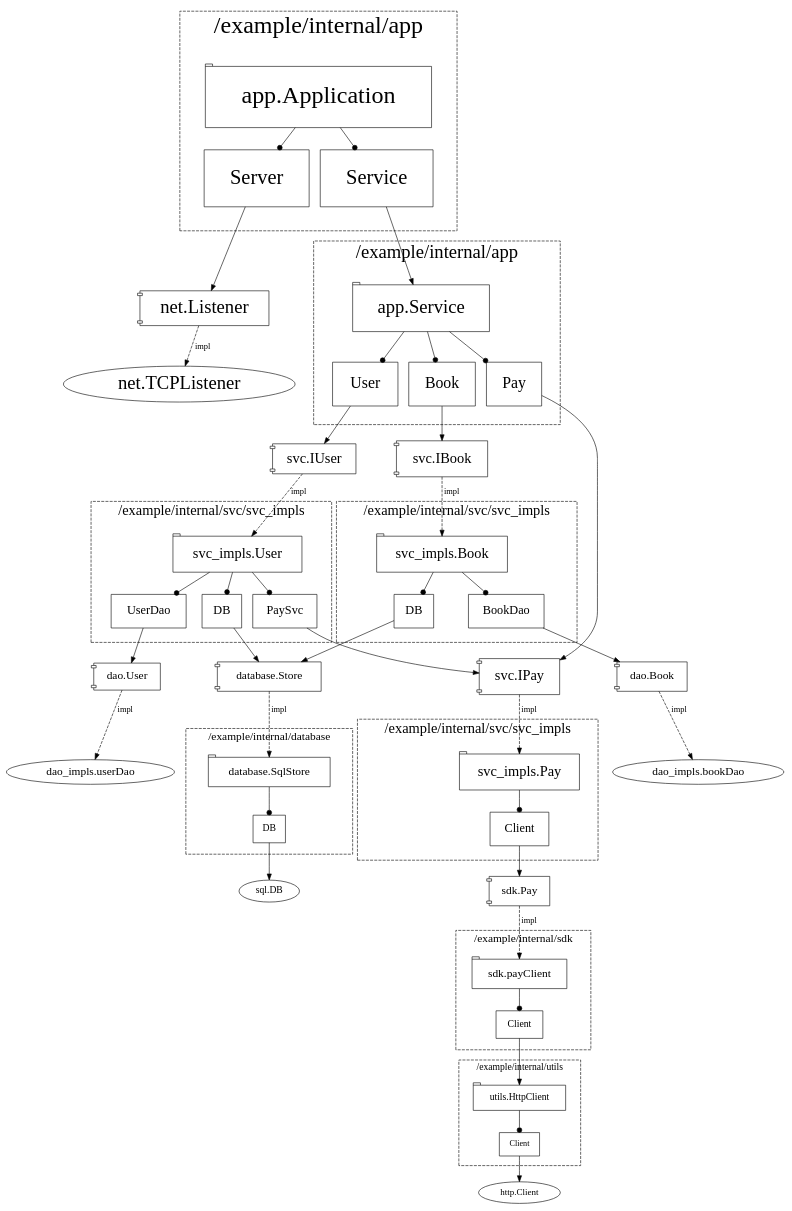
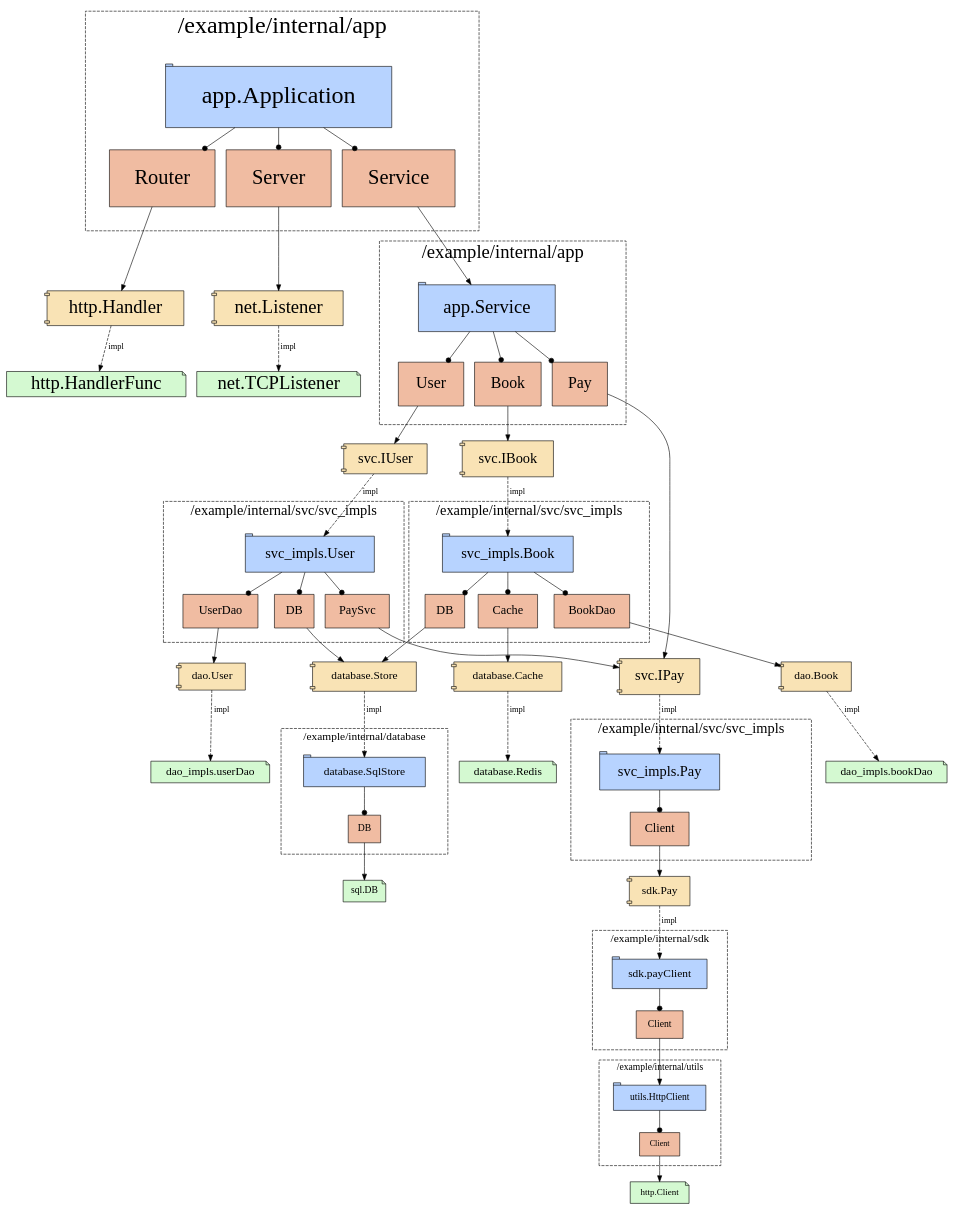
Before and after one commit to Just-maple/structgraph: the diagram in example/test.dot, drawn with Graphviz. The commit also changed 8 other files, not shown here.

```diff
--- a/example/test.dot
+++ b/example/test.dot
@@ -1,164 +1,185 @@
-digraph G {
+digraph Application {
+	"app.Application"->"app.Application:Router"[ arrowhead=dot ];
+	"app.Application:Router"->"http.Handler";
+	"http.Handler"->"http.HandlerFunc"[ label=impl, style=dashed ];
 	"app.Application"->"app.Application:Server"[ arrowhead=dot ];
 	"app.Application:Server"->"net.Listener";
 	"net.Listener"->"net.TCPListener"[ label=impl, style=dashed ];
 	"app.Application"->"app.Application:Service"[ arrowhead=dot ];
 	"app.Application:Service"->"app.Service";
 	"app.Service"->"app.Service:User"[ arrowhead=dot ];
 	"app.Service:User"->"svc.IUser";
 	"svc.IUser"->"svc_impls.User"[ label=impl, style=dashed ];
 	"svc_impls.User"->"svc_impls.User:UserDao"[ arrowhead=dot ];
 	"svc_impls.User:UserDao"->"dao.User";
 	"dao.User"->"dao_impls.userDao"[ label=impl, style=dashed ];
 	"svc_impls.User"->"svc_impls.User:DB"[ arrowhead=dot ];
 	"svc_impls.User:DB"->"database.Store";
 	"database.Store"->"database.SqlStore"[ label=impl, style=dashed ];
 	"database.SqlStore"->"database.SqlStore:DB"[ arrowhead=dot ];
 	"database.SqlStore:DB"->"sql.DB";
 	"svc_impls.User"->"svc_impls.User:PaySvc"[ arrowhead=dot ];
 	"svc_impls.User:PaySvc"->"svc.IPay";
 	"svc.IPay"->"svc_impls.Pay"[ label=impl, style=dashed ];
 	"svc_impls.Pay"->"svc_impls.Pay:Client"[ arrowhead=dot ];
 	"svc_impls.Pay:Client"->"sdk.Pay";
 	"sdk.Pay"->"sdk.payClient"[ label=impl, style=dashed ];
 	"sdk.payClient"->"sdk.payClient:Client"[ arrowhead=dot ];
 	"sdk.payClient:Client"->"utils.HttpClient";
 	"utils.HttpClient"->"utils.HttpClient:Client"[ arrowhead=dot ];
 	"utils.HttpClient:Client"->"http.Client";
 	"app.Service"->"app.Service:Book"[ arrowhead=dot ];
 	"app.Service:Book"->"svc.IBook";
 	"svc.IBook"->"svc_impls.Book"[ label=impl, style=dashed ];
 	"svc_impls.Book"->"svc_impls.Book:DB"[ arrowhead=dot ];
 	"svc_impls.Book:DB"->"database.Store";
+	"svc_impls.Book"->"svc_impls.Book:Cache"[ arrowhead=dot ];
+	"svc_impls.Book:Cache"->"database.Cache";
+	"database.Cache"->"database.Redis"[ label=impl, style=dashed ];
 	"svc_impls.Book"->"svc_impls.Book:BookDao"[ arrowhead=dot ];
 	"svc_impls.Book:BookDao"->"dao.Book";
 	"dao.Book"->"dao_impls.bookDao"[ label=impl, style=dashed ];
 	"app.Service"->"app.Service:Pay"[ arrowhead=dot ];
 	"app.Service:Pay"->"svc.IPay";
 	subgraph "cluster_app.Application" {
 	fontsize=40;
 	label="/example/internal/app";
 	labelloc=t;
 	margin=40;
 	style=dashed;
-	"app.Application" [ fontsize=40, margin=0.4, shape=tab ];
-	"app.Application:Server" [ fontsize=34, label=Server, margin=0.4, shape=box ];
-	"app.Application:Service" [ fontsize=34, label=Service, margin=0.4, shape=box ];
+	"app.Application" [ fillcolor="#b7d3ff", fontsize=40, margin=0.4, shape=tab, style="filled" ];
+	"app.Application:Router" [ fillcolor="#f0bca2", fontsize=34, label=Router, margin=0.4, shape=box, style="filled" ];
+	"app.Application:Server" [ fillcolor="#f0bca2", fontsize=34, label=Server, margin=0.4, shape=box, style="filled" ];
+	"app.Application:Service" [ fillcolor="#f0bca2", fontsize=34, label=Service, margin=0.4, shape=box, style="filled" ];
 
 }
 ;
 	subgraph "cluster_app.Service" {
 	fontsize=31;
 	label="/example/internal/app";
 	labelloc=t;
 	margin=31;
 	style=dashed;
-	"app.Service" [ fontsize=31, margin=0.31, shape=tab ];
-	"app.Service:Book" [ fontsize=26.349999999999998, label=Book, margin=0.31, shape=box ];
-	"app.Service:Pay" [ fontsize=26.349999999999998, label=Pay, margin=0.31, shape=box ];
-	"app.Service:User" [ fontsize=26.349999999999998, label=User, margin=0.31, shape=box ];
+	"app.Service" [ fillcolor="#b7d3ff", fontsize=31, margin=0.31, shape=tab, style="filled" ];
+	"app.Service:Book" [ fillcolor="#f0bca2", fontsize=26.349999999999998, label=Book, margin=0.31, shape=box, style="filled" ];
+	"app.Service:Pay" [ fillcolor="#f0bca2", fontsize=26.349999999999998, label=Pay, margin=0.31, shape=box, style="filled" ];
+	"app.Service:User" [ fillcolor="#f0bca2", fontsize=26.349999999999998, label=User, margin=0.31, shape=box, style="filled" ];
 
 }
 ;
 	subgraph "cluster_dao_impls.bookDao" {
 	fontsize=19;
 	label="/example/internal/dao/dao_impls";
 	labelloc=t;
 	margin=19;
 	style=dashed;
 
 }
 ;
 	subgraph "cluster_dao_impls.userDao" {
 	fontsize=19;
 	label="/example/internal/dao/dao_impls";
 	labelloc=t;
 	margin=19;
 	style=dashed;
 
 }
 ;
+	subgraph "cluster_database.Redis" {
+	fontsize=19;
+	label="/example/internal/database";
+	labelloc=t;
+	margin=19;
+	style=dashed;
+
+}
+;
 	subgraph "cluster_database.SqlStore" {
 	fontsize=19;
 	label="/example/internal/database";
 	labelloc=t;
 	margin=19;
 	style=dashed;
-	"database.SqlStore" [ fontsize=19, margin=0.19, shape=tab ];
-	"database.SqlStore:DB" [ fontsize=16.15, label=DB, margin=0.19, shape=box ];
+	"database.SqlStore" [ fillcolor="#b7d3ff", fontsize=19, margin=0.19, shape=tab, style="filled" ];
+	"database.SqlStore:DB" [ fillcolor="#f0bca2", fontsize=16.15, label=DB, margin=0.19, shape=box, style="filled" ];
 
 }
 ;
 	subgraph "cluster_sdk.payClient" {
 	fontsize=19;
 	label="/example/internal/sdk";
 	labelloc=t;
 	margin=19;
 	style=dashed;
-	"sdk.payClient" [ fontsize=19, margin=0.19, shape=tab ];
-	"sdk.payClient:Client" [ fontsize=16.15, label=Client, margin=0.19, shape=box ];
+	"sdk.payClient" [ fillcolor="#b7d3ff", fontsize=19, margin=0.19, shape=tab, style="filled" ];
+	"sdk.payClient:Client" [ fillcolor="#f0bca2", fontsize=16.15, label=Client, margin=0.19, shape=box, style="filled" ];
 
 }
 ;
 	subgraph "cluster_svc_impls.Book" {
 	fontsize=24;
 	label="/example/internal/svc/svc_impls";
 	labelloc=t;
 	margin=24;
 	style=dashed;
-	"svc_impls.Book" [ fontsize=24, margin=0.24, shape=tab ];
-	"svc_impls.Book:BookDao" [ fontsize=20.4, label=BookDao, margin=0.24, shape=box ];
-	"svc_impls.Book:DB" [ fontsize=20.4, label=DB, margin=0.24, shape=box ];
+	"svc_impls.Book" [ fillcolor="#b7d3ff", fontsize=24, margin=0.24, shape=tab, style="filled" ];
+	"svc_impls.Book:BookDao" [ fillcolor="#f0bca2", fontsize=20.4, label=BookDao, margin=0.24, shape=box, style="filled" ];
+	"svc_impls.Book:Cache" [ fillcolor="#f0bca2", fontsize=20.4, label=Cache, margin=0.24, shape=box, style="filled" ];
+	"svc_impls.Book:DB" [ fillcolor="#f0bca2", fontsize=20.4, label=DB, margin=0.24, shape=box, style="filled" ];
 
 }
 ;
 	subgraph "cluster_svc_impls.Pay" {
 	fontsize=24;
 	label="/example/internal/svc/svc_impls";
 	labelloc=t;
 	margin=24;
 	style=dashed;
-	"svc_impls.Pay" [ fontsize=24, margin=0.24, shape=tab ];
-	"svc_impls.Pay:Client" [ fontsize=20.4, label=Client, margin=0.24, shape=box ];
+	"svc_impls.Pay" [ fillcolor="#b7d3ff", fontsize=24, margin=0.24, shape=tab, style="filled" ];
+	"svc_impls.Pay:Client" [ fillcolor="#f0bca2", fontsize=20.4, label=Client, margin=0.24, shape=box, style="filled" ];
 
 }
 ;
 	subgraph "cluster_svc_impls.User" {
 	fontsize=24;
 	label="/example/internal/svc/svc_impls";
 	labelloc=t;
 	margin=24;
 	style=dashed;
-	"svc_impls.User" [ fontsize=24, margin=0.24, shape=tab ];
-	"svc_impls.User:DB" [ fontsize=20.4, label=DB, margin=0.24, shape=box ];
-	"svc_impls.User:PaySvc" [ fontsize=20.4, label=PaySvc, margin=0.24, shape=box ];
-	"svc_impls.User:UserDao" [ fontsize=20.4, label=UserDao, margin=0.24, shape=box ];
+	"svc_impls.User" [ fillcolor="#b7d3ff", fontsize=24, margin=0.24, shape=tab, style="filled" ];
+	"svc_impls.User:DB" [ fillcolor="#f0bca2", fontsize=20.4, label=DB, margin=0.24, shape=box, style="filled" ];
+	"svc_impls.User:PaySvc" [ fillcolor="#f0bca2", fontsize=20.4, label=PaySvc, margin=0.24, shape=box, style="filled" ];
+	"svc_impls.User:UserDao" [ fillcolor="#f0bca2", fontsize=20.4, label=UserDao, margin=0.24, shape=box, style="filled" ];
 
 }
 ;
 	subgraph "cluster_utils.HttpClient" {
 	fontsize=16;
 	label="/example/internal/utils";
 	labelloc=t;
 	margin=16;
 	style=dashed;
-	"utils.HttpClient" [ fontsize=16, margin=0.16, shape=tab ];
-	"utils.HttpClient:Client" [ fontsize=13.6, label=Client, margin=0.16, shape=box ];
+	"utils.HttpClient" [ fillcolor="#b7d3ff", fontsize=16, margin=0.16, shape=tab, style="filled" ];
+	"utils.HttpClient:Client" [ fillcolor="#f0bca2", fontsize=13.6, label=Client, margin=0.16, shape=box, style="filled" ];
 
 }
 ;
-	"dao.Book" [ fontsize=19, label="dao.Book", margin=0.19, shape=component ];
-	"dao.User" [ fontsize=19, label="dao.User", margin=0.16, shape=component ];
-	"dao_impls.bookDao" [ fontsize=19 ];
-	"dao_impls.userDao" [ fontsize=19 ];
-	"database.Store" [ fontsize=19, label="database.Store", margin=0.19, shape=component ];
-	"http.Client" [ fontsize=15 ];
-	"net.Listener" [ fontsize=31, label="net.Listener", margin=0.16, shape=component ];
-	"net.TCPListener" [ fontsize=31 ];
-	"sdk.Pay" [ fontsize=19, label="sdk.Pay", margin=0.19, shape=component ];
-	"sql.DB" [ fontsize=16 ];
-	"svc.IBook" [ fontsize=24, label="svc.IBook", margin=0.24, shape=component ];
-	"svc.IPay" [ fontsize=24, label="svc.IPay", margin=0.24, shape=component ];
-	"svc.IUser" [ fontsize=24, label="svc.IUser", margin=0.16, shape=component ];
+	"dao.Book" [ fillcolor="#f9e3b5", fontsize=19, label="dao.Book", margin=0.19, shape=component, style="filled" ];
+	"dao.User" [ fillcolor="#f9e3b5", fontsize=19, label="dao.User", margin=0.16, shape=component, style="filled" ];
+	"dao_impls.bookDao" [ fillcolor="#d4f9d1", fontsize=19, shape=note, style="filled" ];
+	"dao_impls.userDao" [ fillcolor="#d4f9d1", fontsize=19, shape=note, style="filled" ];
+	"database.Cache" [ fillcolor="#f9e3b5", fontsize=19, label="database.Cache", margin=0.19, shape=component, style="filled" ];
+	"database.Redis" [ fillcolor="#d4f9d1", fontsize=19, shape=note, style="filled" ];
+	"database.Store" [ fillcolor="#f9e3b5", fontsize=19, label="database.Store", margin=0.19, shape=component, style="filled" ];
+	"http.Client" [ fillcolor="#d4f9d1", fontsize=15, shape=note, style="filled" ];
+	"http.Handler" [ fillcolor="#f9e3b5", fontsize=31, label="http.Handler", margin=0.16, shape=component, style="filled" ];
+	"http.HandlerFunc" [ fillcolor="#d4f9d1", fontsize=31, shape=note, style="filled" ];
+	"net.Listener" [ fillcolor="#f9e3b5", fontsize=31, label="net.Listener", margin=0.16, shape=component, style="filled" ];
+	"net.TCPListener" [ fillcolor="#d4f9d1", fontsize=31, shape=note, style="filled" ];
+	"sdk.Pay" [ fillcolor="#f9e3b5", fontsize=19, label="sdk.Pay", margin=0.19, shape=component, style="filled" ];
+	"sql.DB" [ fillcolor="#d4f9d1", fontsize=16, shape=note, style="filled" ];
+	"svc.IBook" [ fillcolor="#f9e3b5", fontsize=24, label="svc.IBook", margin=0.24, shape=component, style="filled" ];
+	"svc.IPay" [ fillcolor="#f9e3b5", fontsize=24, label="svc.IPay", margin=0.24, shape=component, style="filled" ];
+	"svc.IUser" [ fillcolor="#f9e3b5", fontsize=24, label="svc.IUser", margin=0.16, shape=component, style="filled" ];
 
 }
```
